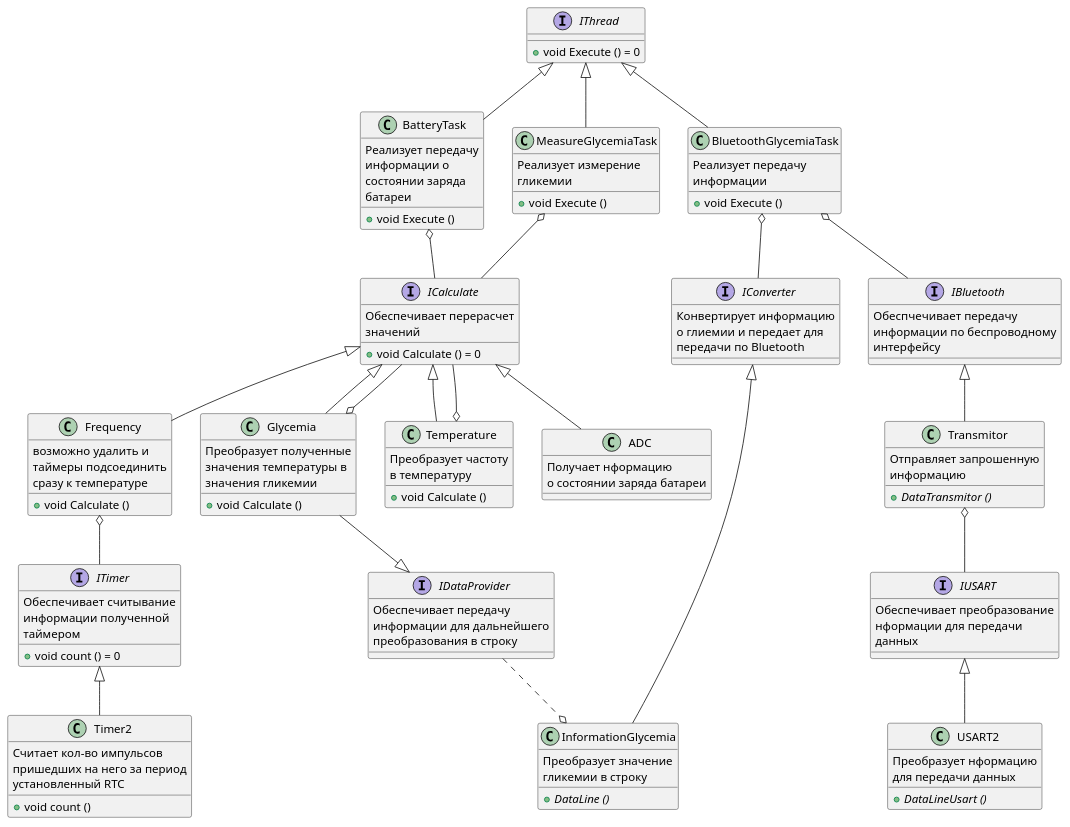
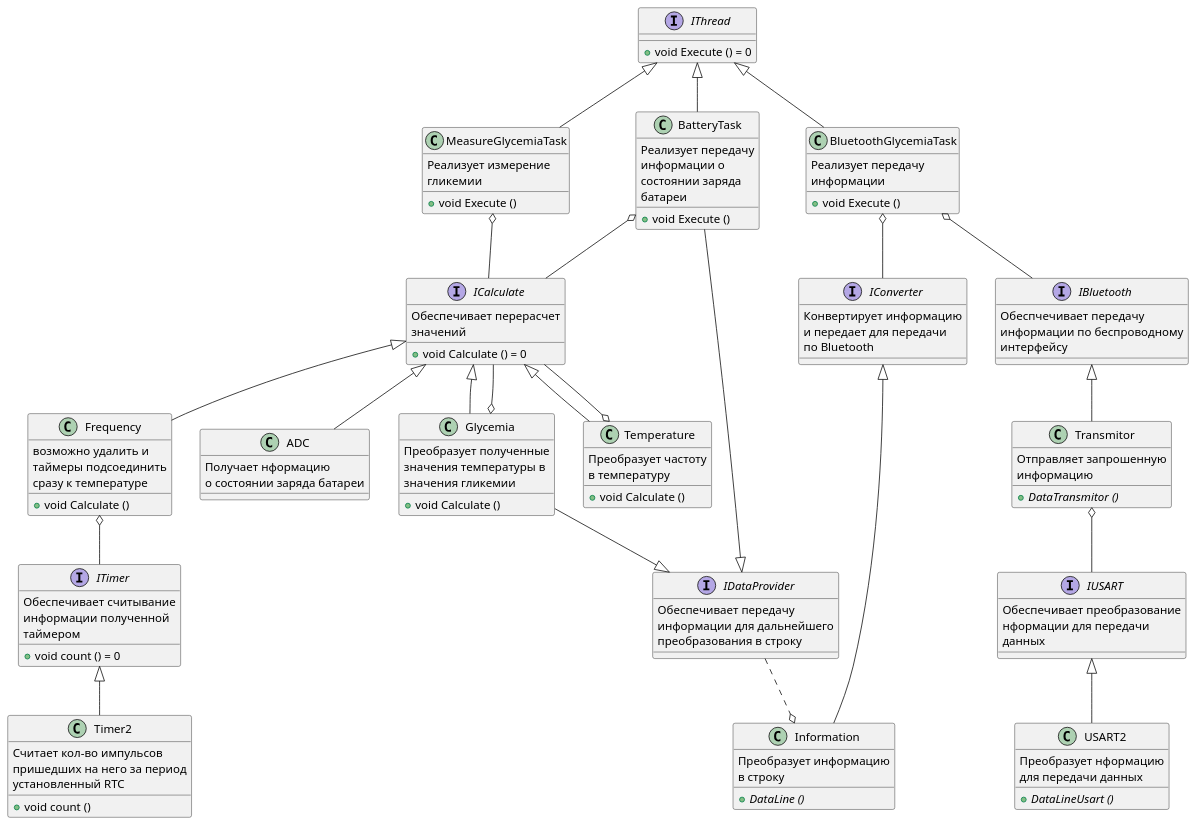
The diagram in DOC/Diagram.puml (Luda-Seliv-KE-413/Kursovoy), drawn with PlantUML before and after one commit. The commit also changed other lines of this file and 3 other files, not shown here.

```diff
--- a/DOC/Diagram.puml
+++ b/DOC/Diagram.puml
@@ -1,162 +1,163 @@
 @startuml main 
 
 interface IThread
 {
     + void Execute () = 0
 }
 class MeasureGlycemiaTask
 {
     Реализует измерение
     гликемии
 
     + void Execute ()
 }
 class Glycemia
 {
     Преобразует полученные
     значения температуры в
     значения гликемии
 
      + void Calculate ()
 }
 
 class Temperature
 {
     Преобразует частоту
     в температуру
 
      + void Calculate ()
 }
 
 class Frequency
 {
      возможно удалить и 
      таймеры подсоединить
      сразу к температуре
      
      + void Calculate ()
 }
 
 IThread <|-down- MeasureGlycemiaTask
 ICalculate -up-o MeasureGlycemiaTask
 ICalculate <|-- Glycemia
 ICalculate --o Glycemia
 Temperature -up-|> ICalculate
 ICalculate --o Temperature
 Frequency -up-|> ICalculate
 
 class BluetoothGlycemiaTask
 {
     Реализует передачу
     информации
 
      + void Execute ()
 }
 class USART2
 {
     Преобразует нформацию
     для передачи данных
     
     + {abstract} DataLineUsart ()
 }
 class Transmitor
 {
     Отправляет запрошенную
     информацию
     
     + {abstract} DataTransmitor ()
 }
 interface ICalculate
 {
     Обеспечивает перерасчет
     значений
 
     + void Calculate () = 0
 }
 
-class InformationGlycemia
+class Information
 {
-    Преобразует значение 
-    гликемии в строку
+    Преобразует информацию
+    в строку
     
     + {abstract} DataLine ()
 }
 interface IBluetooth
 {
     Обеспчечивает передачу 
     информации по беспроводному
     интерфейсу
 }
 interface IUSART
 {
     Обеспечивает преобразование 
     нформации для передачи 
     данных
 }
 interface IConverter
 {
     Конвертирует информацию 
-    о глиемии и передает для 
-    передачи по Bluetooth
+    и передает для передачи 
+    по Bluetooth
 }
 interface IDataProvider
 {
     Обеспечивает передачу 
     информации для дальнейшего 
     преобразования в строку
 }
 
 IThread <|-- BluetoothGlycemiaTask
 BluetoothGlycemiaTask o-- IBluetooth
 Transmitor -up-|> IBluetooth
 IUSART -up-o Transmitor
 USART2 -up-|> IUSART
-InformationGlycemia -up-|> IConverter
+Information -up-|> IConverter
 IConverter -up-o BluetoothGlycemiaTask
-
-
-InformationGlycemia o.up.IDataProvider
+Information o.up.IDataProvider
 Glycemia --|> IDataProvider
 
 
 
 interface ITimer
 {
     Обеспечивает считывание
     информации полученной
     таймером
 
     + void count () = 0
 }
 class Timer2
 {
     Считает кол-во импульсов
     пришедших на него за период 
     установленный RTC
 
     + void count ()
 }
 
 ITimer -up-o Frequency
 Timer2 -up-|> ITimer
 
 class BatteryTask
 {
     Реализует передачу
     информации о
     состоянии заряда
     батареи
 
      + void Execute ()
 }
 class ADC
 {
     Получает нформацию
     о состоянии заряда батареи
 }
 
 IThread <|-- BatteryTask
 ICalculate -up-o BatteryTask
 ICalculate <|-- ADC
 
+
+BatteryTask --|> IDataProvider
+
 @enduml
```
